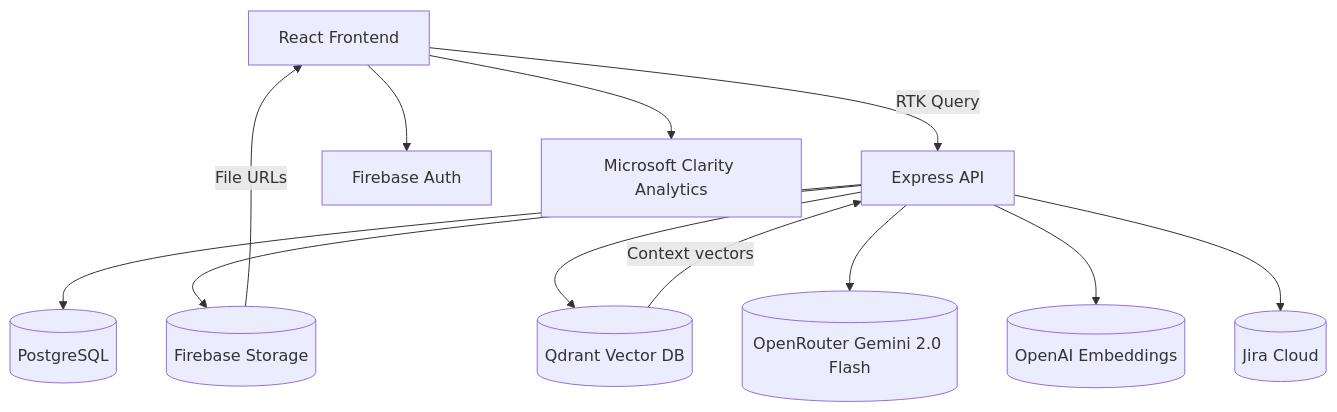
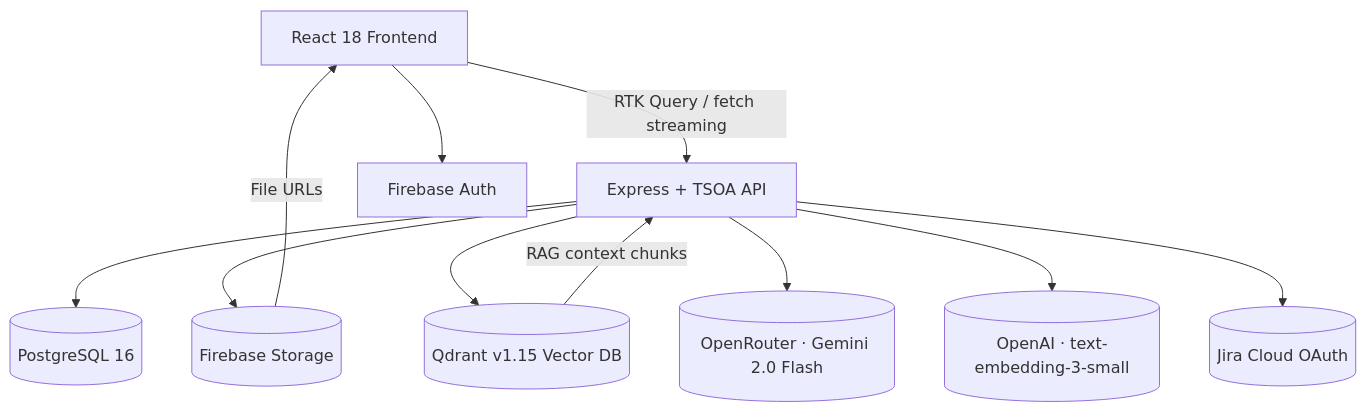
The diagram in README.md (blueberrybytes/plan-ai), drawn with Mermaid before and after one commit. The commit also changed other lines of this file and 18 other files, not shown here.

````diff
--- a/README.md
+++ b/README.md
@@ -22,14 +31,13 @@
 ```mermaid
 graph TD
-  FE[React Frontend] -->|RTK Query| BE[Express API]
+  FE[React 18 Frontend] -->|RTK Query / fetch streaming| BE[Express + TSOA API]
   FE --> FirebaseAuth[Firebase Auth]
-  FE --> Clarity[Microsoft Clarity Analytics]
-  BE --> Postgres[(PostgreSQL)]
+  BE --> Postgres[(PostgreSQL 16)]
   BE --> FirebaseStorage[(Firebase Storage)]
-  BE --> Qdrant[(Qdrant Vector DB)]
-  BE --> OpenRouter[(OpenRouter Gemini 2.0 Flash)]
-  BE --> OpenAI[(OpenAI Embeddings)]
-  BE --> Jira[(Jira Cloud)]
-  Qdrant -->|Context vectors| BE
+  BE --> Qdrant[(Qdrant v1.15 Vector DB)]
+  BE --> OpenRouter[(OpenRouter · Gemini 2.0 Flash)]
+  BE --> OpenAI[(OpenAI · text-embedding-3-small)]
+  BE --> Jira[(Jira Cloud OAuth)]
+  Qdrant -->|RAG context chunks| BE
   FirebaseStorage -->|File URLs| FE
 ```
````
